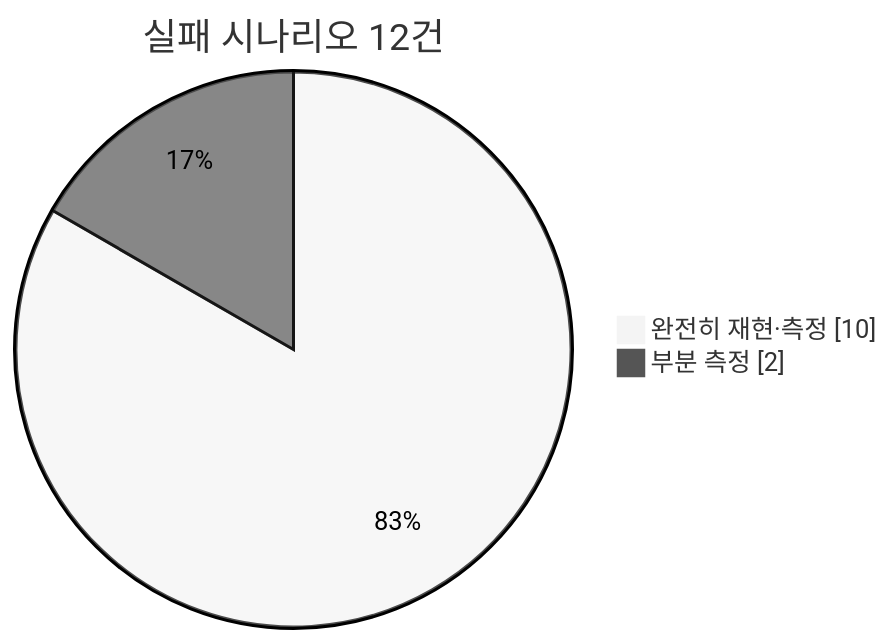
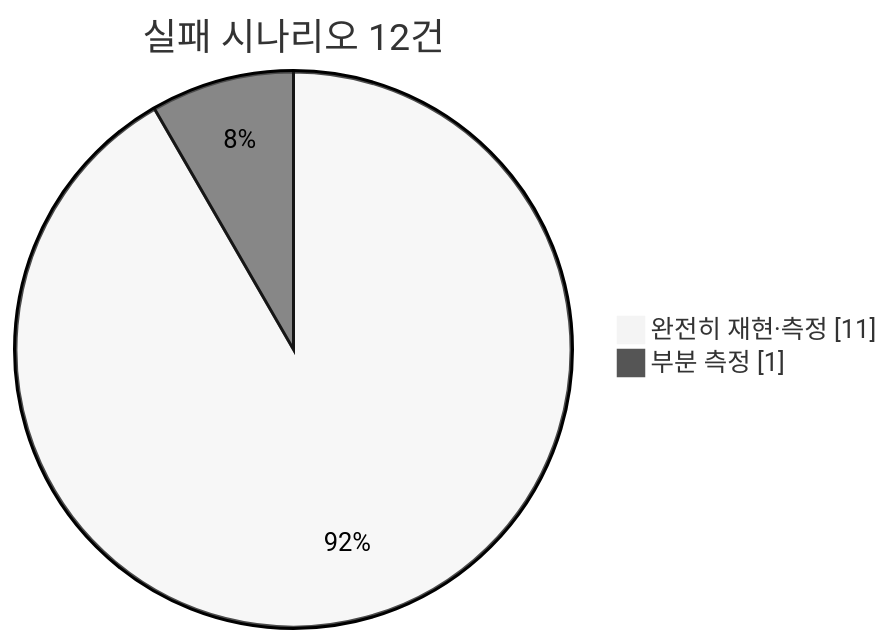
The sixth of 6 diagrams in README.md (http1220/touchpoint), drawn with Mermaid (neutral theme) before and after one commit. The commit also changed other lines of this file and 2 other files, not shown here.

````diff
--- a/README.md
+++ b/README.md
@@ -120,6 +120,6 @@
 ```mermaid
 pie showData
     title 실패 시나리오 12건
-    "완전히 재현·측정" : 10
-    "부분 측정" : 2
+    "완전히 재현·측정" : 11
+    "부분 측정" : 1
 ```
````
